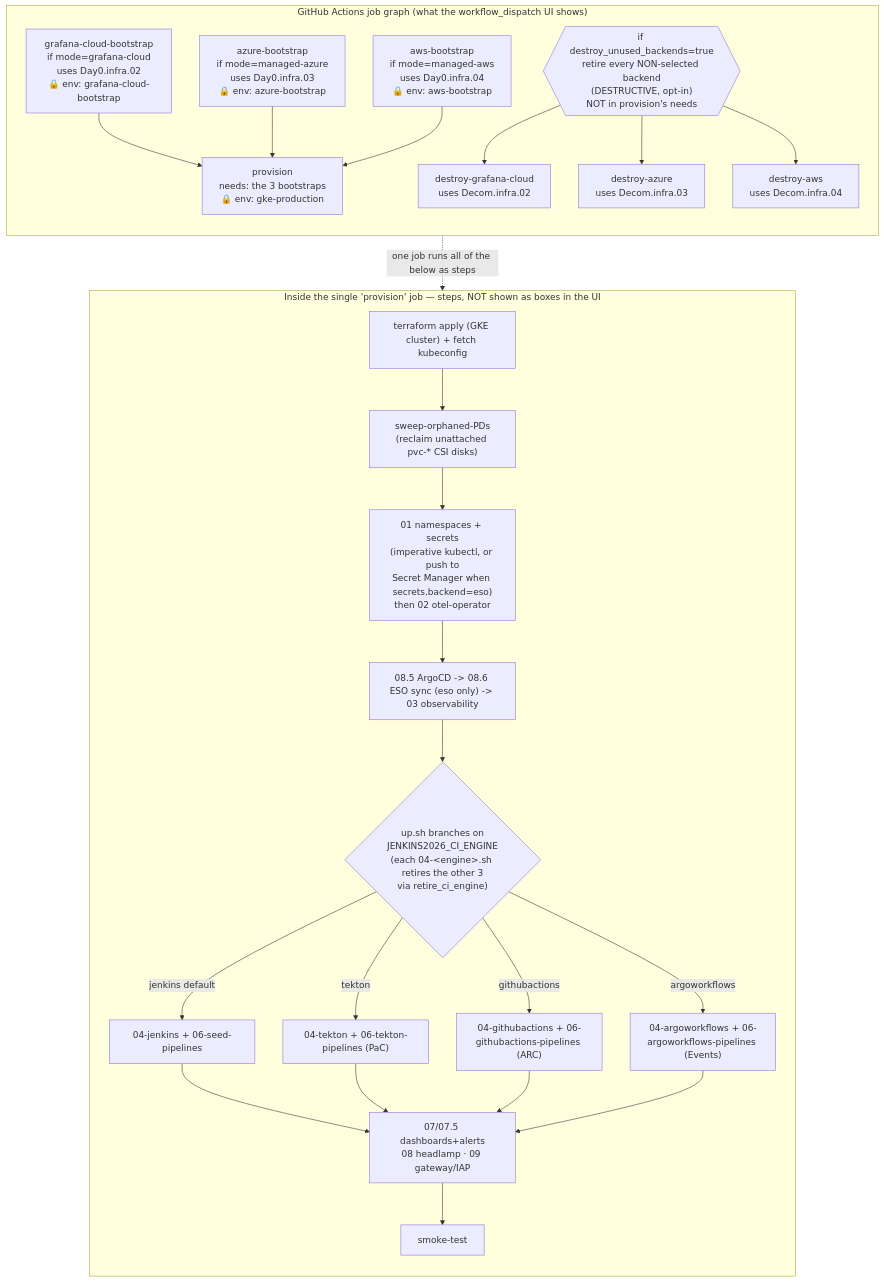
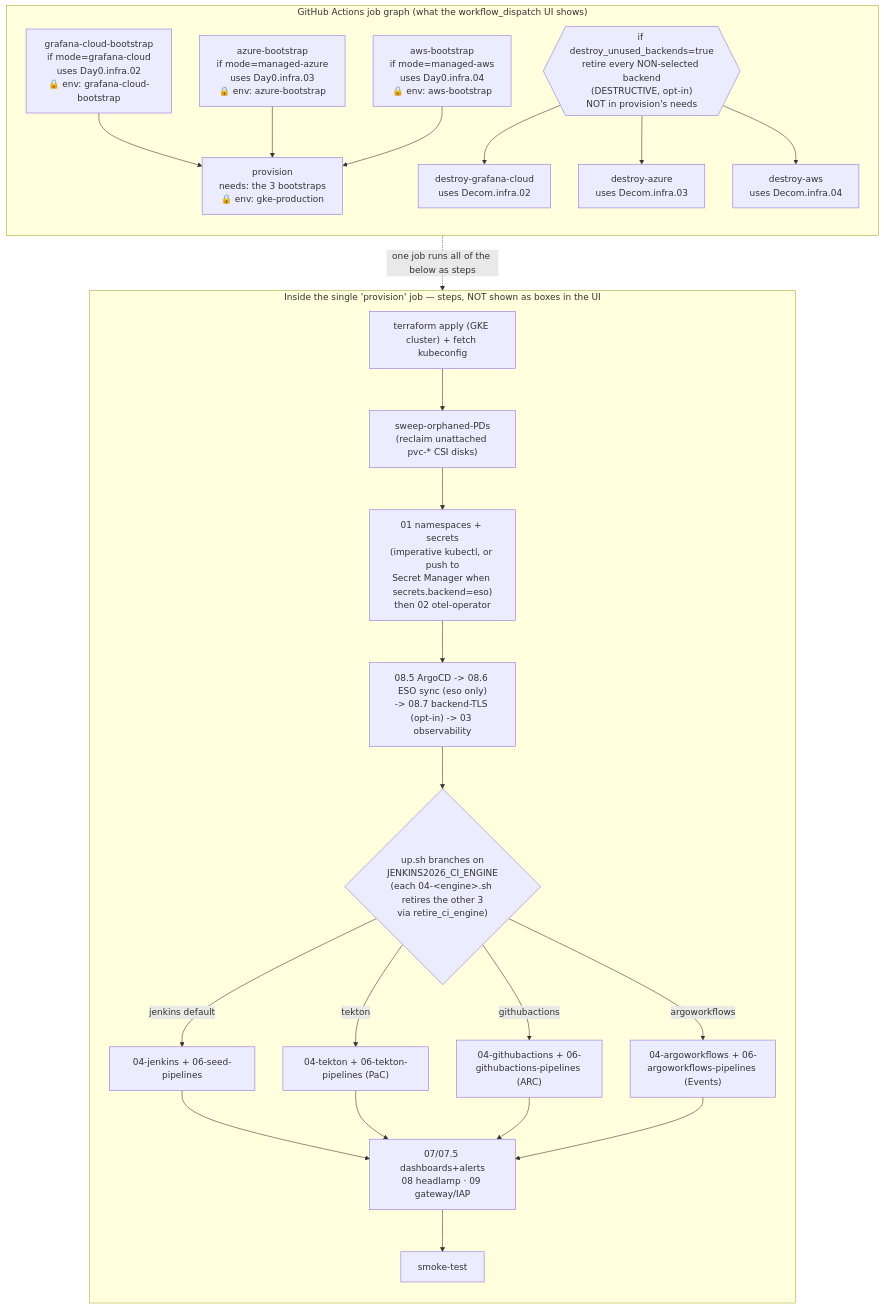
Before and after one commit to nubenetes/jenkins-2026: the ninth of 10 diagrams in docs/101-GITHUB_ACTIONS_WORKFLOWS.md, drawn with Mermaid. The commit also changed other lines of this file and 21 other files, not shown here.

First line of the commit message:
feat(gateway): opt-in backend TLS — LB→pod re-encryption via cert-manager + BackendTLSPolicy (stage 1: Headlamp) (#554)

````diff
--- a/docs/101-GITHUB_ACTIONS_WORKFLOWS.md
+++ b/docs/101-GITHUB_ACTIONS_WORKFLOWS.md
@@ -812,48 +812,48 @@
 ```mermaid
 flowchart TD
     subgraph JOBS["GitHub Actions job graph (what the workflow_dispatch UI shows)"]
         direction TB
         B1["grafana-cloud-bootstrap<br/>if mode=grafana-cloud<br/>uses Day0.infra.02<br/>🔒 env: grafana-cloud-bootstrap"]
         B2["azure-bootstrap<br/>if mode=managed-azure<br/>uses Day0.infra.03<br/>🔒 env: azure-bootstrap"]
         B3["aws-bootstrap<br/>if mode=managed-aws<br/>uses Day0.infra.04<br/>🔒 env: aws-bootstrap"]
         P["provision<br/>needs: the 3 bootstraps<br/>🔒 env: gke-production"]
         B1 --> P
         B2 --> P
         B3 --> P
 
         D1["destroy-grafana-cloud<br/>uses Decom.infra.02"]
         D2["destroy-azure<br/>uses Decom.infra.03"]
         D3["destroy-aws<br/>uses Decom.infra.04"]
         DEC{{"if destroy_unused_backends=true<br/>retire every NON-selected backend<br/>(DESTRUCTIVE, opt-in)<br/>NOT in provision's needs"}}
         DEC --> D1
         DEC --> D2
         DEC --> D3
     end
 
     subgraph INSIDE["Inside the single 'provision' job — steps, NOT shown as boxes in the UI"]
         direction TB
         TF["terraform apply (GKE cluster) + fetch kubeconfig"]
         PD["sweep-orphaned-PDs<br/>(reclaim unattached pvc-* CSI disks)"]
         NS["01 namespaces + secrets<br/>(imperative kubectl, or push to<br/>Secret Manager when secrets.backend=eso)<br/>then 02 otel-operator"]
-        CD["08.5 ArgoCD -> 08.6 ESO sync (eso only) -> 03 observability"]
+        CD["08.5 ArgoCD -> 08.6 ESO sync (eso only)<br/>-> 08.7 backend-TLS (opt-in) -> 03 observability"]
         UP{"up.sh branches on<br/>JENKINS2026_CI_ENGINE<br/>(each 04-&lt;engine&gt;.sh retires the other 3<br/>via retire_ci_engine)"}
         JEN["04-jenkins + 06-seed-pipelines"]
         TEK["04-tekton + 06-tekton-pipelines (PaC)"]
         GHA["04-githubactions + 06-githubactions-pipelines (ARC)"]
         AWF["04-argoworkflows + 06-argoworkflows-pipelines (Events)"]
         REST["07/07.5 dashboards+alerts<br/>08 headlamp · 09 gateway/IAP"]
         SMOKE["smoke-test"]
         TF --> PD --> NS --> CD --> UP
         UP -->|jenkins default| JEN
         UP -->|tekton| TEK
         UP -->|githubactions| GHA
         UP -->|argoworkflows| AWF
         JEN --> REST
         TEK --> REST
         GHA --> REST
         AWF --> REST
         REST --> SMOKE
     end
 
     P -.->|"one job runs all of the below as steps"| INSIDE
 ```
````
